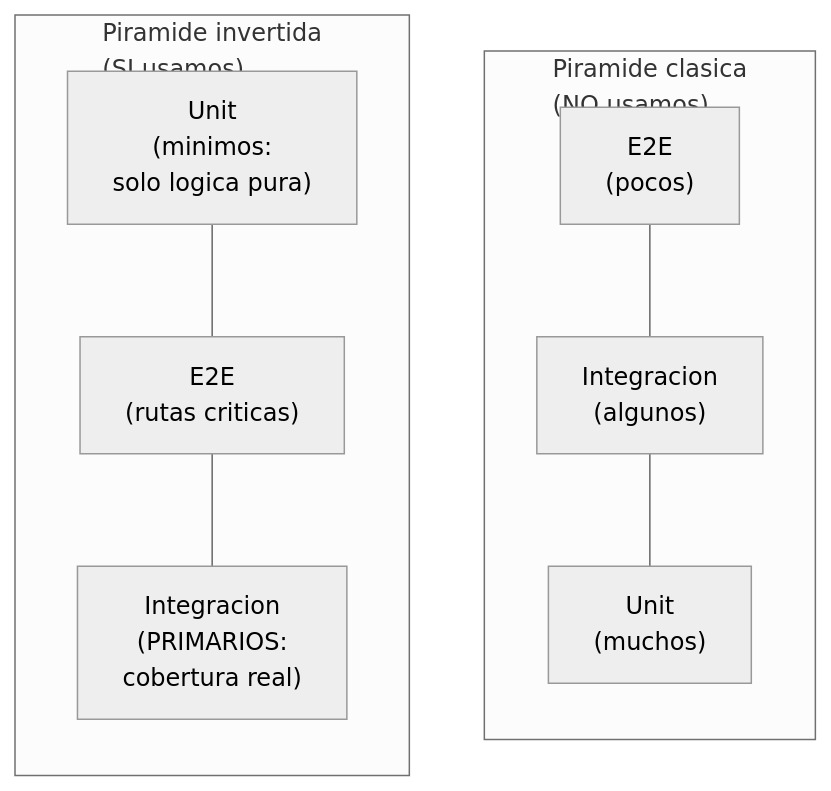
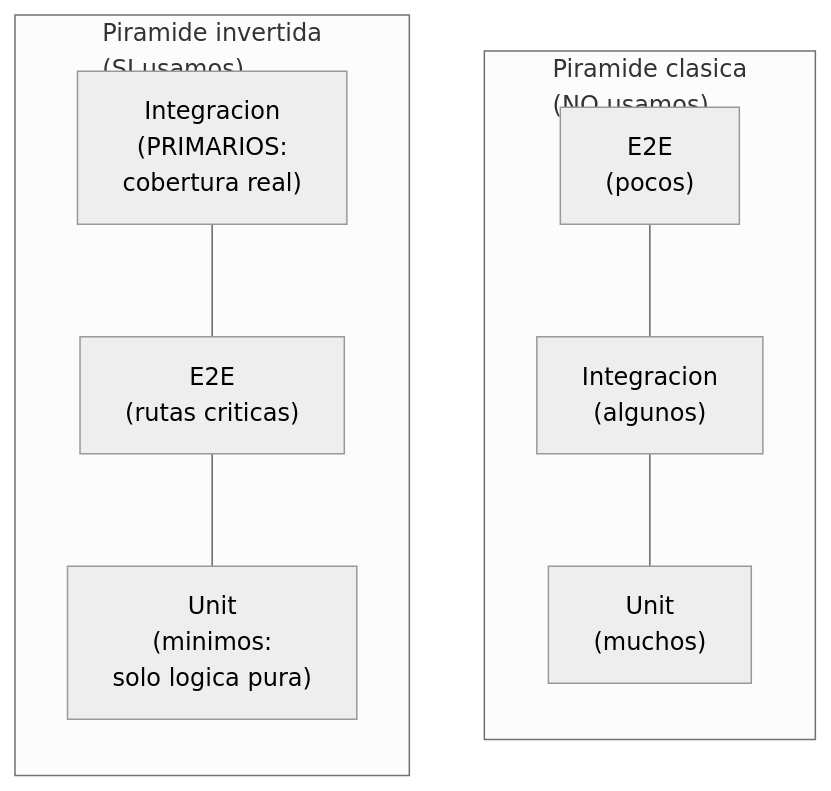
One commit to virgenherrera/idea-to-mvp changed the first of 2 diagrams in docs/execution/red.md. Above: the diagram before and after it, drawn with Mermaid (neutral theme). The commit also changed 6 other files, not shown here.

````diff
--- a/docs/execution/red.md
+++ b/docs/execution/red.md
@@ -12,18 +12,18 @@
 ```mermaid
 flowchart TD
     subgraph CLASICA["Piramide clasica\n(NO usamos)"]
         direction TB
         C_E2E["E2E\n(pocos)"]
         C_INT["Integracion\n(algunos)"]
         C_UNIT["Unit\n(muchos)"]
         C_E2E --- C_INT --- C_UNIT
     end
 
     subgraph NUESTRA["Piramide invertida\n(SI usamos)"]
-        direction TB
+        direction BT
         N_UNIT["Unit\n(minimos:\nsolo logica pura)"]
         N_E2E["E2E\n(rutas criticas)"]
         N_INT["Integracion\n(PRIMARIOS:\ncobertura real)"]
         N_UNIT --- N_E2E --- N_INT
     end
 ```
````
